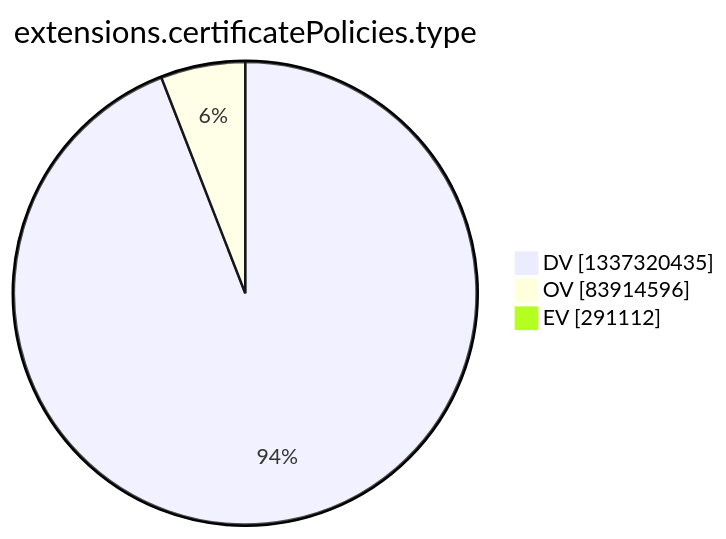
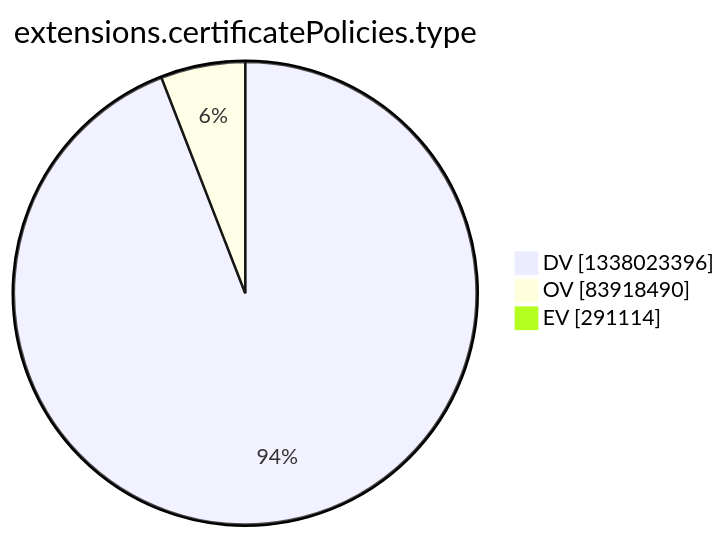
Before and after one commit to christiankrug/ctmonitor_visualization: the tenth of 15 diagrams in argon2022/README.md, drawn with Mermaid. The commit also changed other lines of this file, not shown here.

````diff
--- a/argon2022/README.md
+++ b/argon2022/README.md
@@ -2773,7 +2773,7 @@
 ```mermaid
 pie showData
 title extensions.certificatePolicies.type
-"DV" :1337320435
-"OV" :83914596
-"EV" :291112
+"DV" :1338023396
+"OV" :83918490
+"EV" :291114
 ```
````
